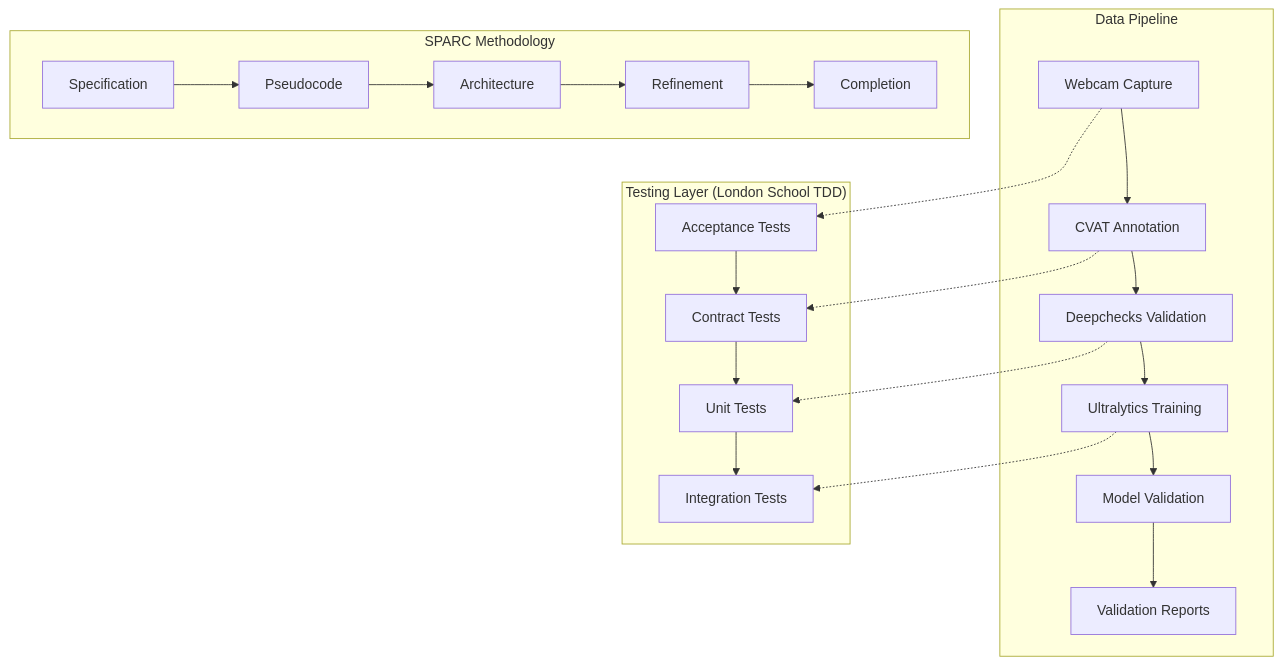
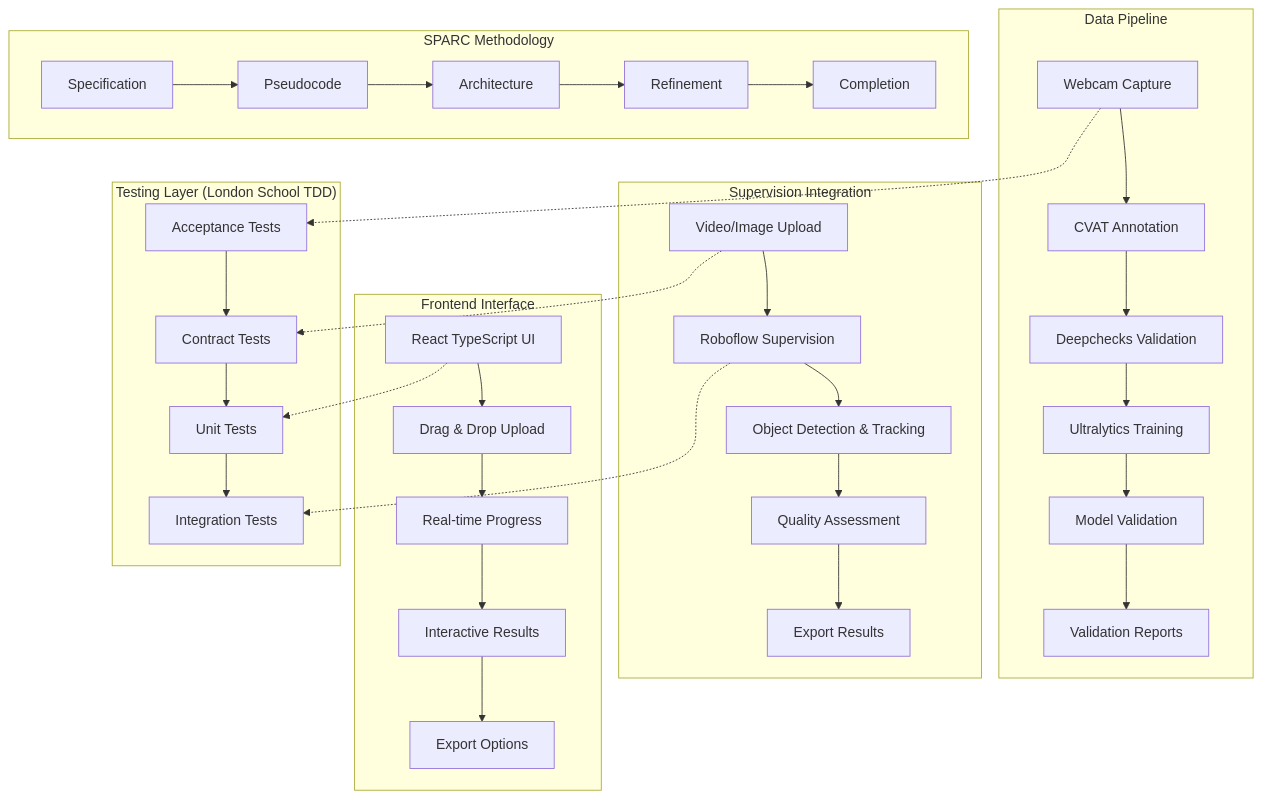
The first of 2 diagrams in README.md (zadigeki/aimodelvalidation-jetson), drawn with Mermaid before and after one commit. The commit also changed other lines of this file and 60 other files, not shown here.

````diff
--- a/README.md
+++ b/README.md
@@ -22,28 +24,42 @@
 ```mermaid
 graph TB
     subgraph "Data Pipeline"
         A[Webcam Capture] --> B[CVAT Annotation]
         B --> C[Deepchecks Validation]
         C --> D[Ultralytics Training]
         D --> E[Model Validation]
         E --> F[Validation Reports]
     end
     
+    subgraph "Supervision Integration"
+        G[Video/Image Upload] --> H[Roboflow Supervision]
+        H --> I[Object Detection & Tracking]
+        I --> J[Quality Assessment]
+        J --> K[Export Results]
+    end
+    
+    subgraph "Frontend Interface"
+        L[React TypeScript UI] --> M[Drag & Drop Upload]
+        M --> N[Real-time Progress]
+        N --> O[Interactive Results]
+        O --> P[Export Options]
+    end
+    
     subgraph "Testing Layer (London School TDD)"
-        G[Acceptance Tests] --> H[Contract Tests]
-        H --> I[Unit Tests]
-        I --> J[Integration Tests]
+        Q[Acceptance Tests] --> R[Contract Tests]
+        R --> S[Unit Tests]
+        S --> T[Integration Tests]
     end
     
     subgraph "SPARC Methodology"
-        K[Specification] --> L[Pseudocode]
-        L --> M[Architecture]
-        M --> N[Refinement]
-        N --> O[Completion]
+        U[Specification] --> V[Pseudocode]
+        V --> W[Architecture]
+        W --> X[Refinement]
+        X --> Y[Completion]
     end
     
-    A -.-> G
-    B -.-> H
-    C -.-> I
-    D -.-> J
+    A -.-> Q
+    G -.-> R
+    L -.-> S
+    H -.-> T
 ```
````
